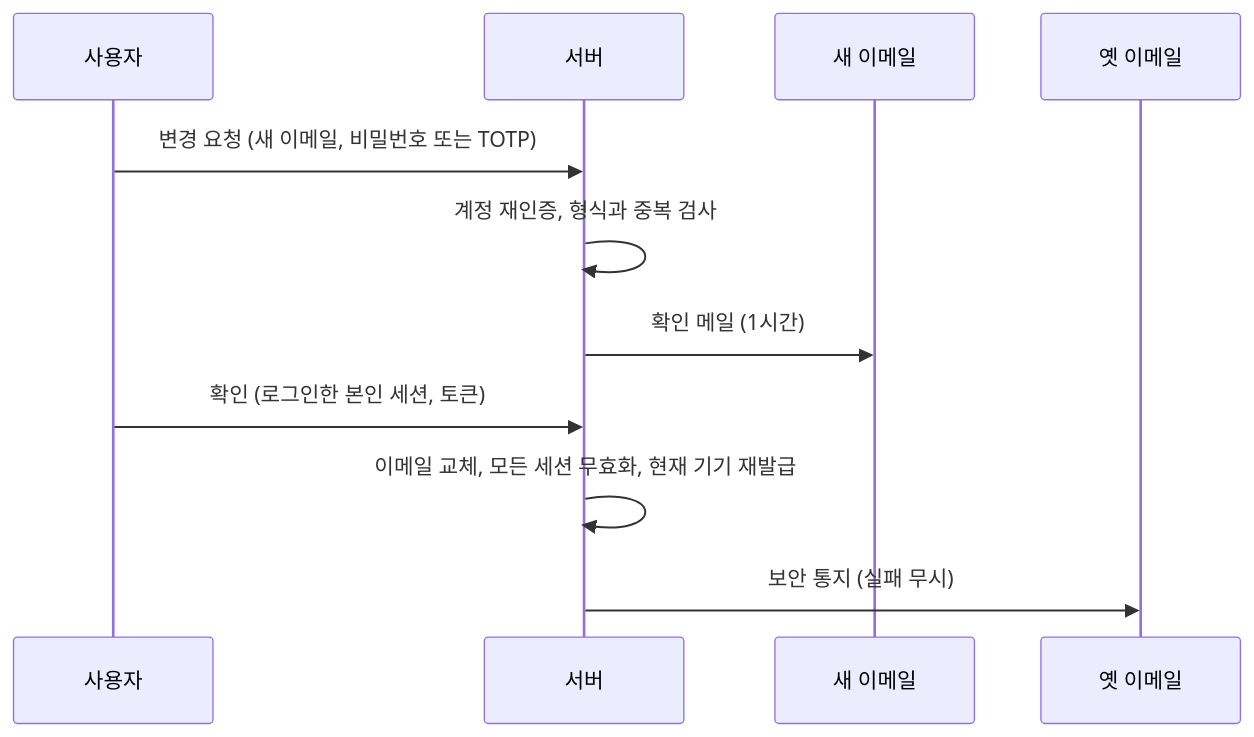
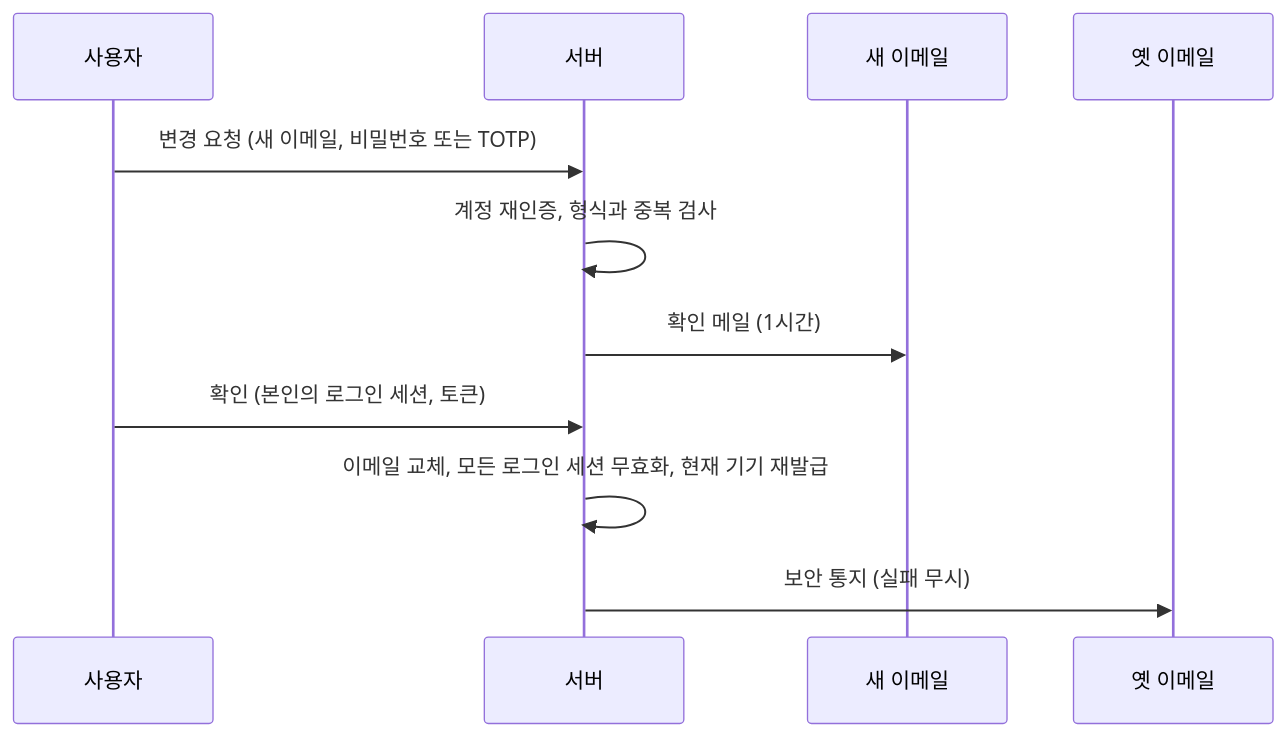
Before and after one commit to worker-ants/clemvion: the second of 3 diagrams in spec/CLE-ACCT/CLE-ACCT-SIGNIN.md, drawn with Mermaid. The commit also changed other lines of this file and 7 other files, not shown here.

````diff
--- a/spec/CLE-ACCT/CLE-ACCT-SIGNIN.md
+++ b/spec/CLE-ACCT/CLE-ACCT-SIGNIN.md
@@ -424,13 +461,13 @@
 ```mermaid
 sequenceDiagram
   participant U as 사용자
   participant S as 서버
   participant N as 새 이메일
   participant O as 옛 이메일
   U->>S: 변경 요청 (새 이메일, 비밀번호 또는 TOTP)
   S->>S: 계정 재인증, 형식과 중복 검사
   S->>N: 확인 메일 (1시간)
-  U->>S: 확인 (로그인한 본인 세션, 토큰)
-  S->>S: 이메일 교체, 모든 세션 무효화, 현재 기기 재발급
+  U->>S: 확인 (본인의 로그인 세션, 토큰)
+  S->>S: 이메일 교체, 모든 로그인 세션 무효화, 현재 기기 재발급
   S->>O: 보안 통지 (실패 무시)
 ```
````
